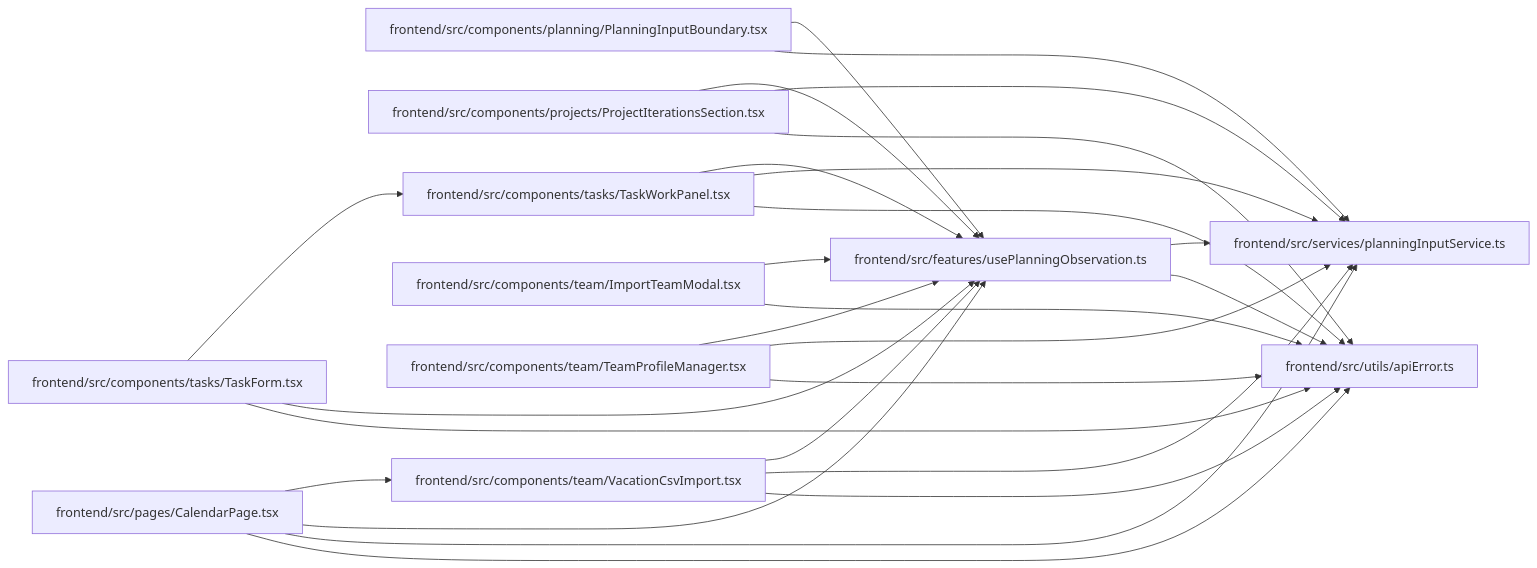
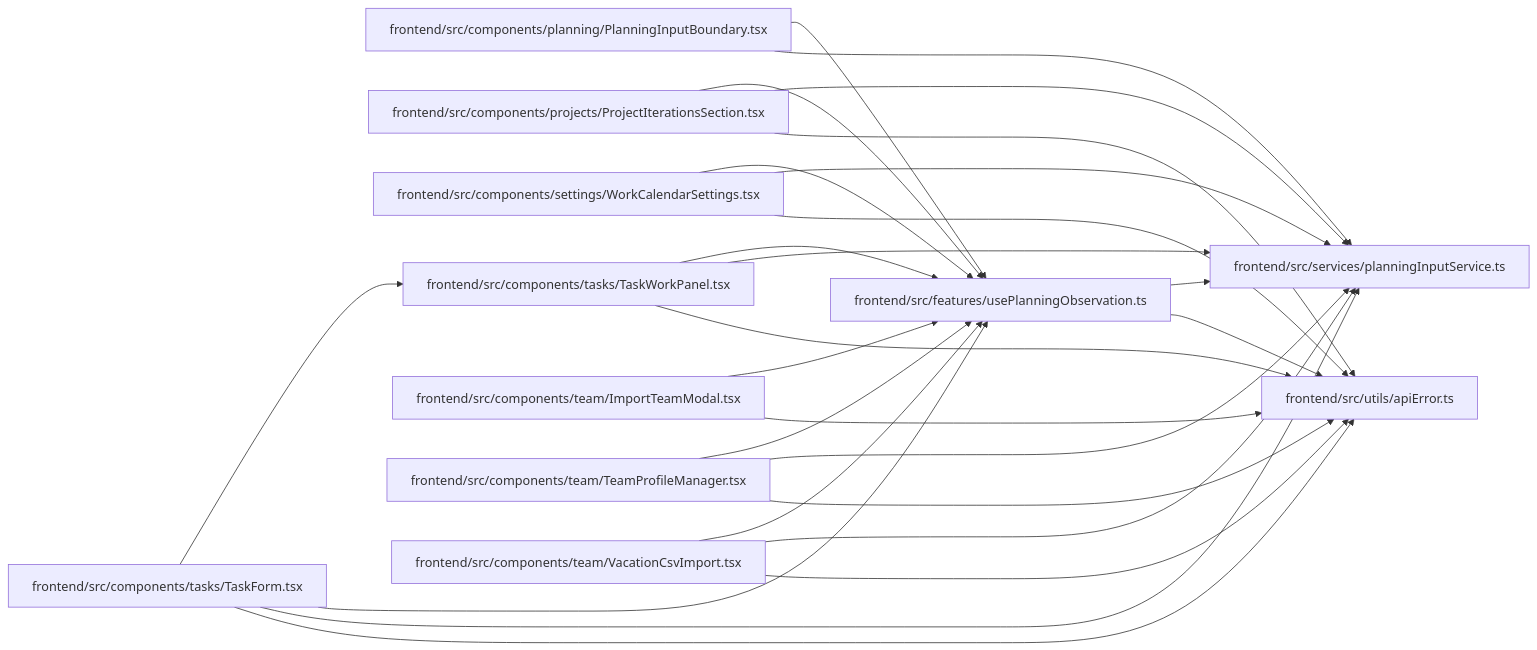
Before and after one commit to Denissvgn/WorkChord: the diagram in docs/llm_wiki/modules/usePlanningObservation.md, drawn with Mermaid. The commit also changed other lines of this file and 2373 other files, not shown here.

````diff
--- a/docs/llm_wiki/modules/usePlanningObservation.md
+++ b/docs/llm_wiki/modules/usePlanningObservation.md
@@ -29,50 +29,50 @@
 ```mermaid
 flowchart LR
     n0["frontend/src/components/planning/PlanningInputBoundary.tsx"]
     n1["frontend/src/components/projects/ProjectIterationsSection.tsx"]
-    n2["frontend/src/components/tasks/TaskForm.tsx"]
-    n3["frontend/src/components/tasks/TaskWorkPanel.tsx"]
-    n4["frontend/src/components/team/ImportTeamModal.tsx"]
-    n5["frontend/src/components/team/TeamProfileManager.tsx"]
-    n6["frontend/src/components/team/VacationCsvImport.tsx"]
-    n7["frontend/src/features/usePlanningObservation.ts"]
-    n8["frontend/src/pages/CalendarPage.tsx"]
+    n2["frontend/src/components/settings/WorkCalendarSettings.tsx"]
+    n3["frontend/src/components/tasks/TaskForm.tsx"]
+    n4["frontend/src/components/tasks/TaskWorkPanel.tsx"]
+    n5["frontend/src/components/team/ImportTeamModal.tsx"]
+    n6["frontend/src/components/team/TeamProfileManager.tsx"]
+    n7["frontend/src/components/team/VacationCsvImport.tsx"]
+    n8["frontend/src/features/usePlanningObservation.ts"]
     n9["frontend/src/services/planningInputService.ts"]
     n10["frontend/src/utils/apiError.ts"]
-    n0 --> n7
+    n0 --> n8
     n0 --> n9
-    n1 --> n7
+    n1 --> n8
     n1 --> n9
     n1 --> n10
-    n2 --> n3
-    n2 --> n7
+    n2 --> n8
+    n2 --> n9
     n2 --> n10
-    n3 --> n7
+    n3 --> n4
+    n3 --> n8
     n3 --> n9
     n3 --> n10
-    n4 --> n7
+    n4 --> n8
+    n4 --> n9
     n4 --> n10
-    n5 --> n7
-    n5 --> n9
+    n5 --> n8
     n5 --> n10
-    n6 --> n7
+    n6 --> n8
     n6 --> n9
     n6 --> n10
+    n7 --> n8
     n7 --> n9
     n7 --> n10
-    n8 --> n6
-    n8 --> n7
     n8 --> n9
     n8 --> n10
     click n0 "../modules/PlanningInputBoundary.md"
     click n1 "../modules/ProjectIterationsSection.md"
-    click n2 "../modules/TaskForm.md"
-    click n3 "../modules/TaskWorkPanel.md"
-    click n4 "../modules/ImportTeamModal.md"
-    click n5 "../modules/TeamProfileManager.md"
-    click n6 "../modules/VacationCsvImport.md"
-    click n7 "../modules/usePlanningObservation.md"
-    click n8 "../modules/CalendarPage.md"
+    click n2 "../modules/WorkCalendarSettings.md"
+    click n3 "../modules/TaskForm.md"
+    click n4 "../modules/TaskWorkPanel.md"
+    click n5 "../modules/ImportTeamModal.md"
+    click n6 "../modules/TeamProfileManager.md"
+    click n7 "../modules/VacationCsvImport.md"
+    click n8 "../modules/usePlanningObservation.md"
     click n9 "../modules/planningInputService.md"
     click n10 "../modules/apiError.md"
 ```
````
